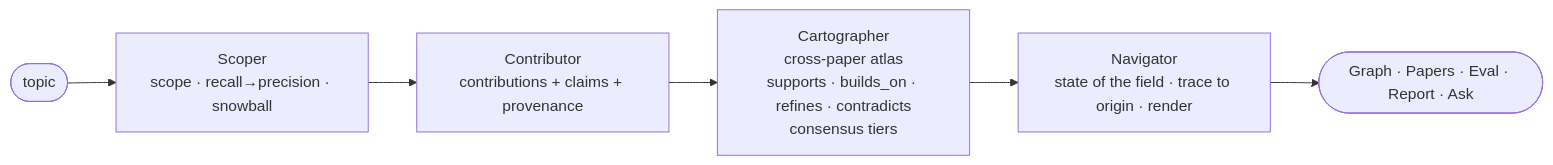
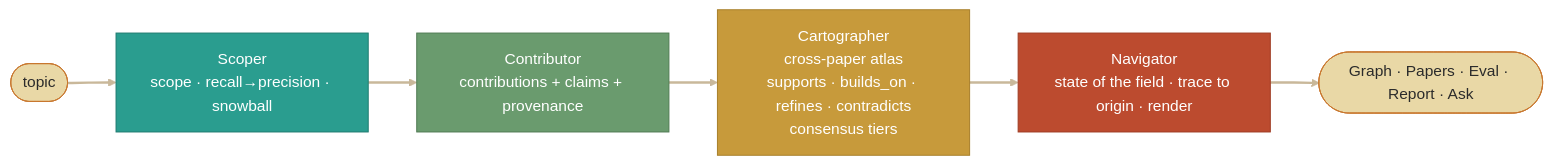
One commit to Agents4Academia-AI/prior changed the diagram in README.md. Above: the diagram before and after it, drawn with Mermaid.

Commit message:
docs: style pipeline mermaid as a teal-to-rust ribbon
Colour the agent pipeline left-to-right (Scoper teal, Contributor sage,
Cartographer amber, Navigator rust, sand end-caps) using the app's muted
palette, with tan connector links. Same nodes and flow.

````diff
--- a/README.md
+++ b/README.md
@@ -74,8 +74,20 @@
 ```mermaid
 flowchart LR
   T([topic]) --> S["Scoper<br/>scope · recall→precision · snowball"]
   S --> C["Contributor<br/>contributions + claims + provenance"]
   C --> K["Cartographer<br/>cross-paper atlas<br/>supports · builds_on · refines · contradicts<br/>consensus tiers"]
   K --> N["Navigator<br/>state of the field · trace to origin · render"]
   N --> UI([Graph · Papers · Eval · Report · Ask])
+
+  classDef io fill:#e9d8a6,stroke:#c9772f,color:#2b2b2b;
+  classDef s  fill:#2a9d8f,stroke:#1f7a6f,color:#ffffff;
+  classDef c  fill:#6a9b6e,stroke:#4f7a52,color:#ffffff;
+  classDef k  fill:#c79a3b,stroke:#a67d27,color:#ffffff;
+  classDef n  fill:#bc4b2f,stroke:#9e3b22,color:#ffffff;
+  class T,UI io;
+  class S s;
+  class C c;
+  class K k;
+  class N n;
+  linkStyle default stroke:#c9b89a,stroke-width:2.5px;
 ```
````
